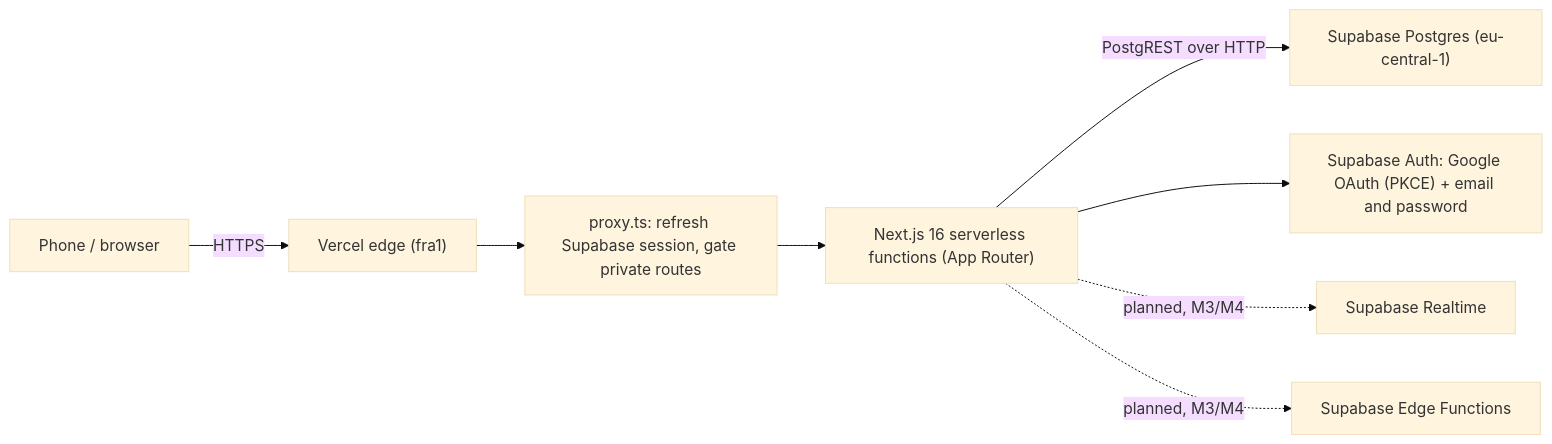
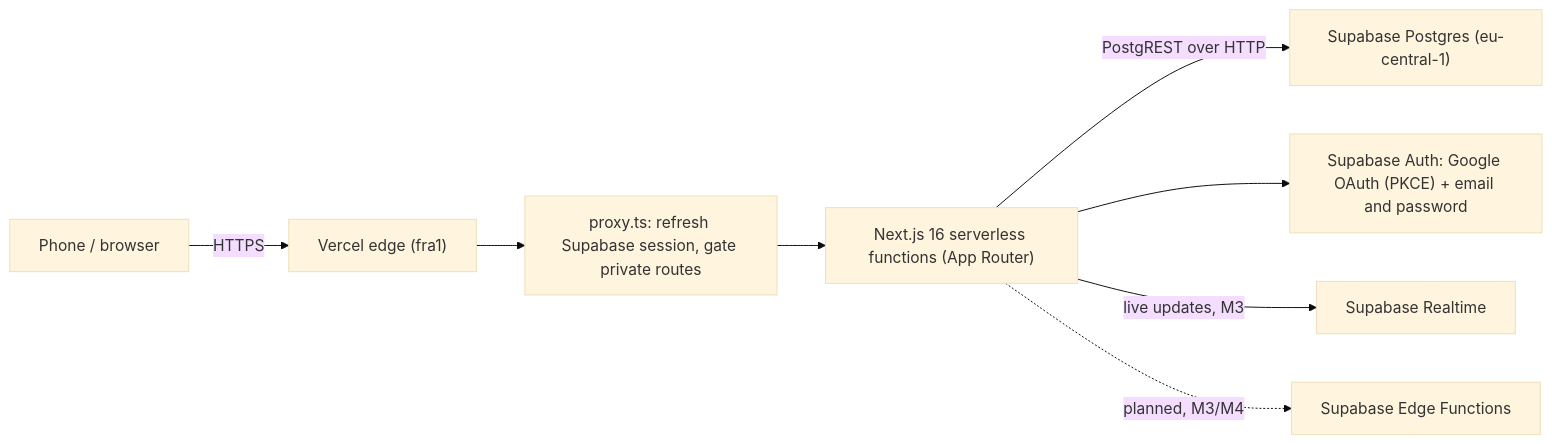
Before and after one commit to naum-4ik/keepup: the first of 2 diagrams in docs/architecture.md, drawn with Mermaid (base theme). The commit also changed other lines of this file and 8 other files, not shown here.

````diff
--- a/docs/architecture.md
+++ b/docs/architecture.md
@@ -7,10 +7,10 @@
 ```mermaid
 flowchart LR
     Phone["Phone / browser"] -->|HTTPS| Edge["Vercel edge (fra1)"]
     Edge --> Proxy["proxy.ts: refresh Supabase session, gate private routes"]
     Proxy --> Next["Next.js 16 serverless functions (App Router)"]
     Next -->|PostgREST over HTTP| PG["Supabase Postgres (eu-central-1)"]
     Next --> Auth["Supabase Auth: Google OAuth (PKCE) + email and password"]
-    Next -.->|planned, M3/M4| Realtime["Supabase Realtime"]
+    Next -->|live updates, M3| Realtime["Supabase Realtime"]
     Next -.->|planned, M3/M4| EdgeFn["Supabase Edge Functions"]
 ```
````
